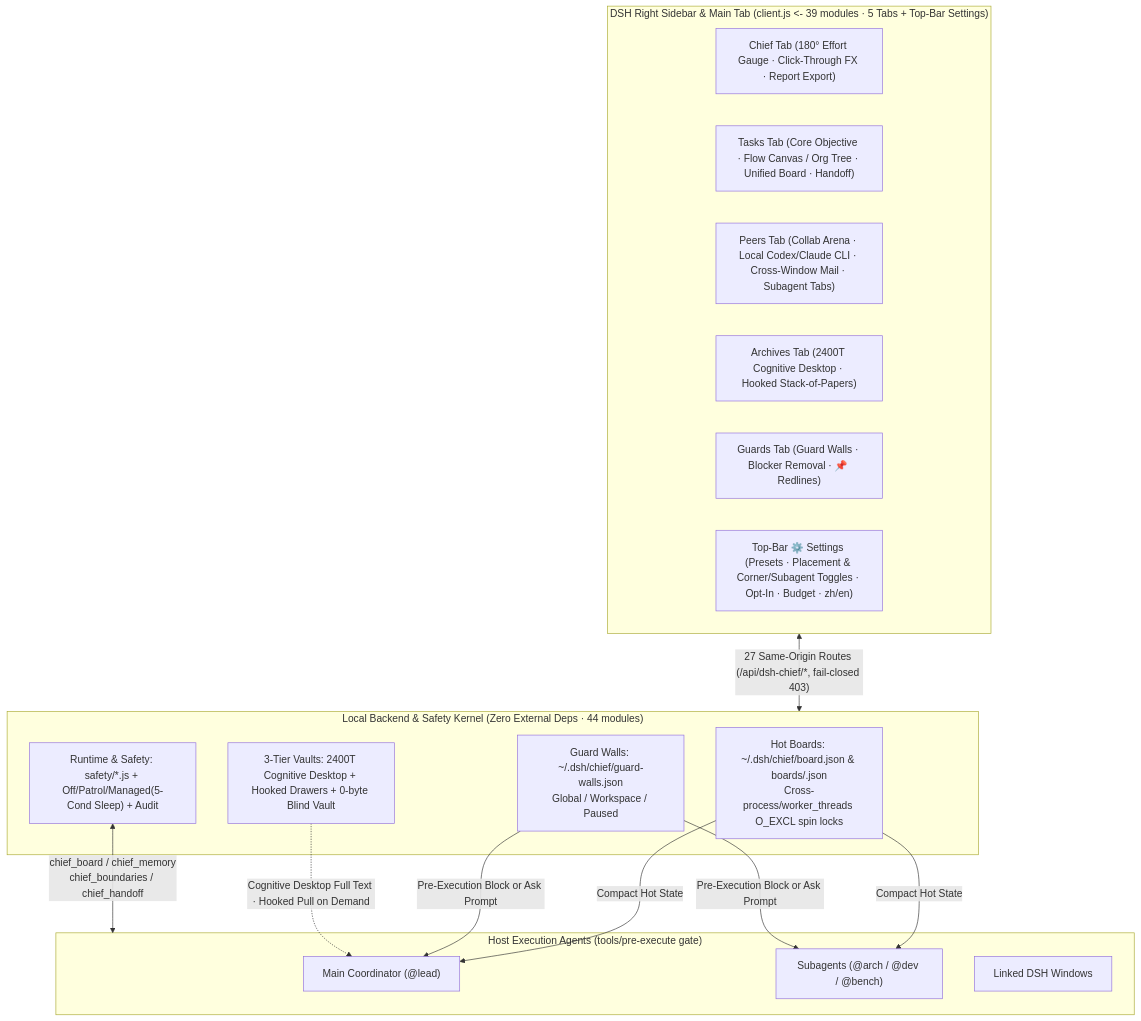
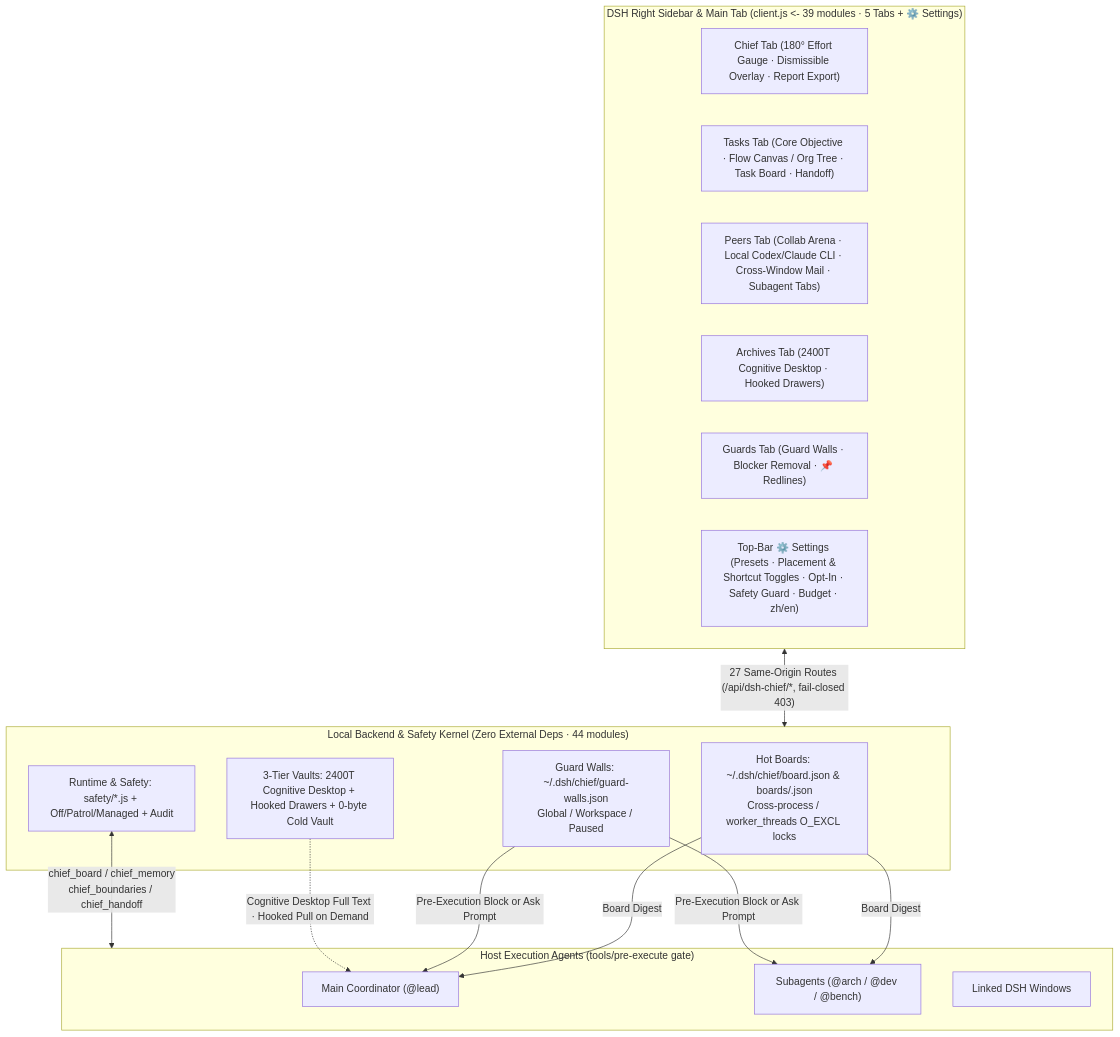
The third of 3 diagrams in README.en.md (gluztm/dsh-chief), drawn with Mermaid before and after one commit. The commit also changed other lines of this file and 5 other files, not shown here.

````diff
--- a/README.en.md
+++ b/README.en.md
@@ -346,32 +347,32 @@
 ```mermaid
 flowchart TB
-  subgraph UI["DSH Right Sidebar & Main Tab (client.js <- 39 modules · 5 Tabs + Top-Bar Settings)"]
-    T1["Chief Tab (180° Effort Gauge · Click-Through FX · Report Export)"]
-    T2["Tasks Tab (Core Objective · Flow Canvas / Org Tree · Unified Board · Handoff)"]
+  subgraph UI["DSH Right Sidebar & Main Tab (client.js <- 39 modules · 5 Tabs + ⚙️ Settings)"]
+    T1["Chief Tab (180° Effort Gauge · Dismissible Overlay · Report Export)"]
+    T2["Tasks Tab (Core Objective · Flow Canvas / Org Tree · Task Board · Handoff)"]
     T3["Peers Tab (Collab Arena · Local Codex/Claude CLI · Cross-Window Mail · Subagent Tabs)"]
-    T5["Archives Tab (2400T Cognitive Desktop · Hooked Stack-of-Papers)"]
+    T5["Archives Tab (2400T Cognitive Desktop · Hooked Drawers)"]
     T6["Guards Tab (Guard Walls · Blocker Removal · 📌 Redlines)"]
-    T7["Top-Bar ⚙️ Settings (Presets · Placement & Corner/Subagent Toggles · Opt-In · Budget · zh/en)"]
+    T7["Top-Bar ⚙️ Settings (Presets · Placement & Shortcut Toggles · Opt-In · Safety Guard · Budget · zh/en)"]
   end
 
   subgraph Core["Local Backend & Safety Kernel (Zero External Deps · 44 modules)"]
-    Hot["Hot Boards: ~/.dsh/chief/board.json & boards/<sid>.json\nCross-process/worker_threads O_EXCL spin locks"]
+    Hot["Hot Boards: ~/.dsh/chief/board.json & boards/<sid>.json\nCross-process / worker_threads O_EXCL locks"]
     Walls["Guard Walls: ~/.dsh/chief/guard-walls.json\nGlobal / Workspace / Paused"]
-    Cold["3-Tier Vaults: 2400T Cognitive Desktop + Hooked Drawers + 0-byte Blind Vault"]
-    Bus["Runtime & Safety: safety/*.js + Off/Patrol/Managed(5-Cond Sleep) + Audit"]
+    Cold["3-Tier Vaults: 2400T Cognitive Desktop + Hooked Drawers + 0-byte Cold Vault"]
+    Bus["Runtime & Safety: safety/*.js + Off/Patrol/Managed + Audit"]
   end
 
   subgraph Agents["Host Execution Agents (tools/pre-execute gate)"]
     Lead["Main Coordinator (@lead)"]
     Subs["Subagents (@arch / @dev / @bench)"]
     Peers["Linked DSH Windows"]
   end
 
   UI <-->|"27 Same-Origin Routes (/api/dsh-chief/*, fail-closed 403)"| Core
-  Hot -->|"Compact Hot State"| Lead
-  Hot -->|"Compact Hot State"| Subs
+  Hot -->|"Board Digest"| Lead
+  Hot -->|"Board Digest"| Subs
   Walls -->|"Pre-Execution Block or Ask Prompt"| Lead
   Walls -->|"Pre-Execution Block or Ask Prompt"| Subs
   Cold -.->|"Cognitive Desktop Full Text · Hooked Pull on Demand"| Lead
   Bus <-->|"chief_board / chief_memory\nchief_boundaries / chief_handoff"| Agents
 ```
````
